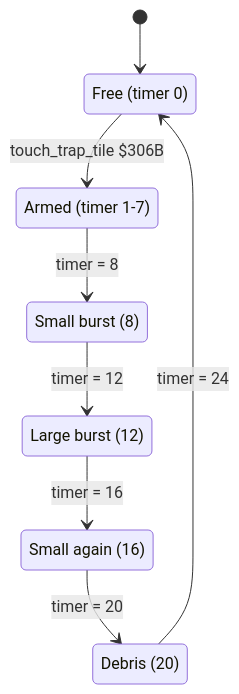
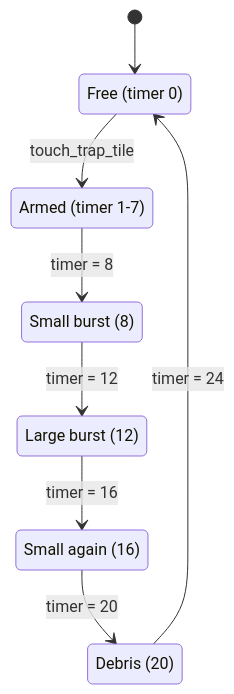
The fourth of 4 diagrams in bruce_lee/docs/rooms.md (henols/c64_games), drawn with Mermaid before and after one commit. The commit also changed other lines of this file and 124 other files, not shown here.

```diff
--- a/bruce_lee/docs/rooms.md
+++ b/bruce_lee/docs/rooms.md
@@ -727,16 +595,16 @@
 ~~~mermaid
 stateDiagram-v2
   state "Free (timer 0)" as Free
   state "Armed (timer 1-7)" as Armed
   state "Small burst (8)" as Small
   state "Large burst (12)" as Large
   state "Small again (16)" as Small2
   state "Debris (20)" as Debris
   [*] --> Free
-  Free --> Armed: touch_trap_tile $306B
+  Free --> Armed: touch_trap_tile
   Armed --> Small: timer = 8
   Small --> Large: timer = 12
   Large --> Small2: timer = 16
   Small2 --> Debris: timer = 20
   Debris --> Free: timer = 24
 ~~~
```
